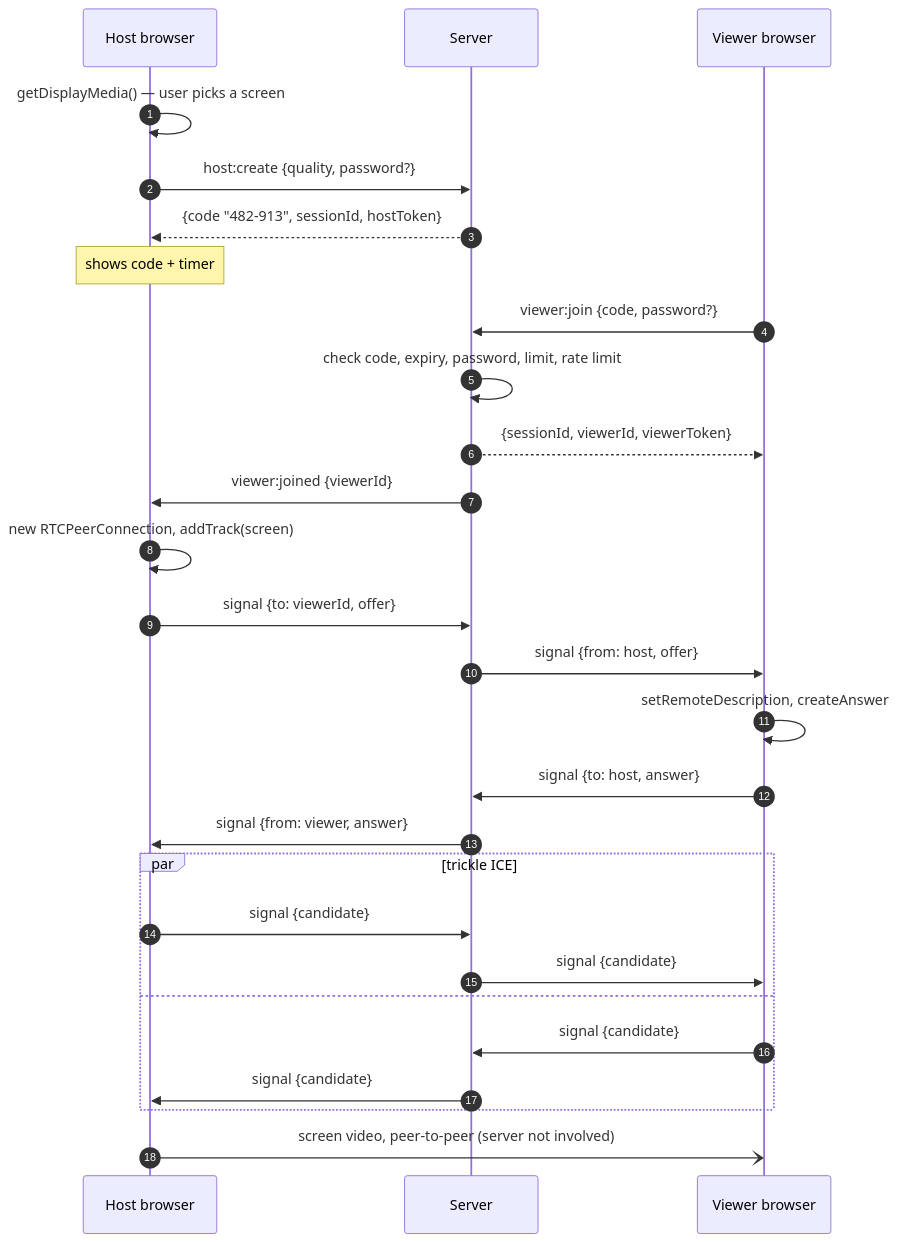
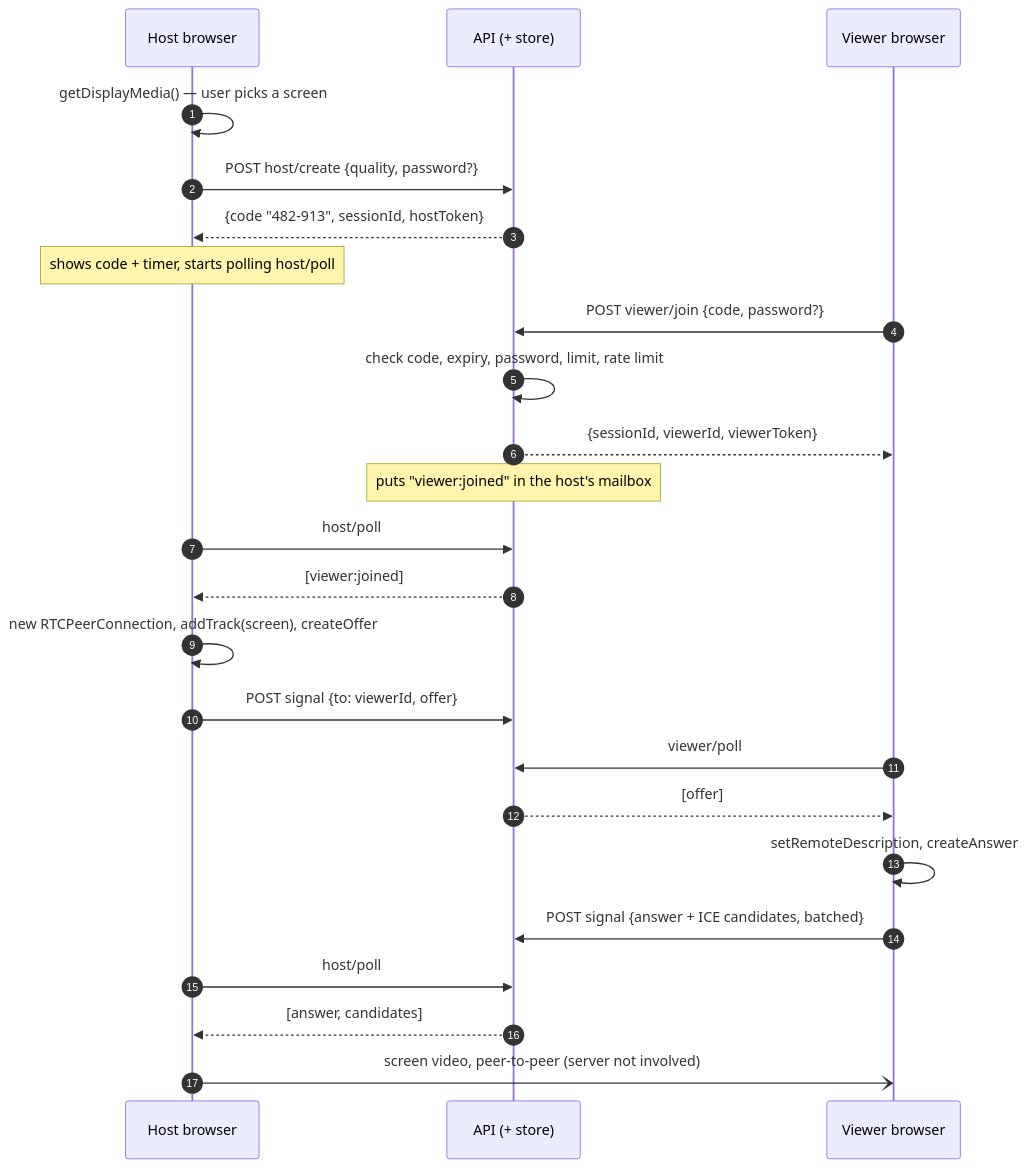
Before and after one commit to eddienjeru564-ship-it/screen-mirroring-app: the first of 2 diagrams in docs/ARCHITECTURE.md, drawn with Mermaid. The commit also changed other lines of this file and 6 other files, not shown here.

````diff
--- a/docs/ARCHITECTURE.md
+++ b/docs/ARCHITECTURE.md
@@ -51,34 +82,30 @@
 ```mermaid
 sequenceDiagram
     autonumber
     participant H as Host browser
-    participant S as Server
+    participant S as API (+ store)
     participant V as Viewer browser
 
     H->>H: getDisplayMedia() — user picks a screen
-    H->>S: host:create {quality, password?}
+    H->>S: POST host/create {quality, password?}
     S-->>H: {code "482-913", sessionId, hostToken}
-    Note over H: shows code + timer
+    Note over H: shows code + timer, starts polling host/poll
 
-    V->>S: viewer:join {code, password?}
+    V->>S: POST viewer/join {code, password?}
     S->>S: check code, expiry, password, limit, rate limit
     S-->>V: {sessionId, viewerId, viewerToken}
-    S->>H: viewer:joined {viewerId}
+    Note over S: puts "viewer:joined" in the host's mailbox
+    H->>S: host/poll
+    S-->>H: [viewer:joined]
 
-    H->>H: new RTCPeerConnection, addTrack(screen)
-    H->>S: signal {to: viewerId, offer}
-    S->>V: signal {from: host, offer}
+    H->>H: new RTCPeerConnection, addTrack(screen), createOffer
+    H->>S: POST signal {to: viewerId, offer}
+    V->>S: viewer/poll
+    S-->>V: [offer]
     V->>V: setRemoteDescription, createAnswer
-    V->>S: signal {to: host, answer}
-    S->>H: signal {from: viewer, answer}
-
-    par trickle ICE
-        H->>S: signal {candidate}
-        S->>V: signal {candidate}
-    and
-        V->>S: signal {candidate}
-        S->>H: signal {candidate}
-    end
+    V->>S: POST signal {answer + ICE candidates, batched}
+    H->>S: host/poll
+    S-->>H: [answer, candidates]
 
     H-)V: screen video, peer-to-peer (server not involved)
 ```
````
